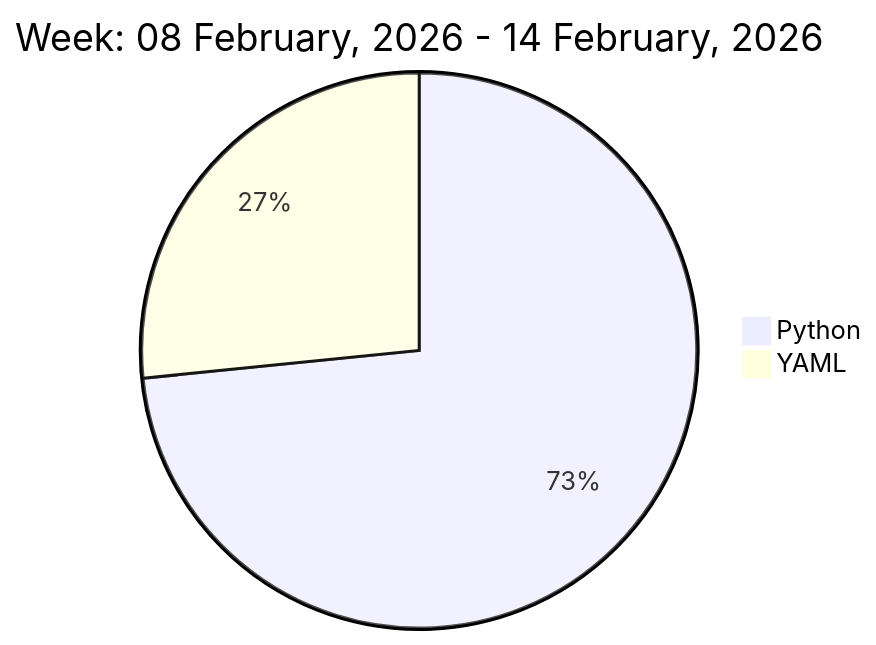
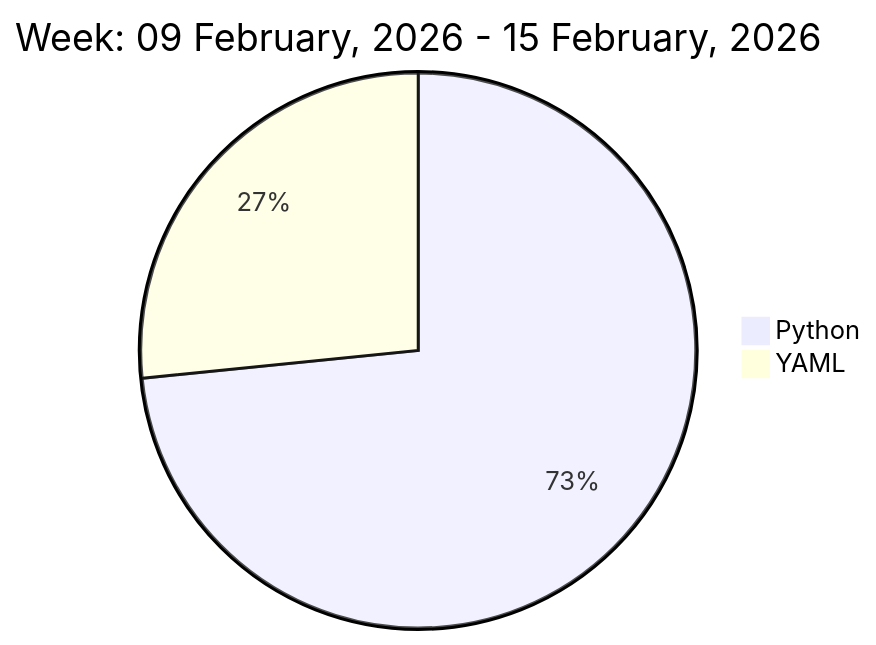
The diagram in README.md (liubin95/liubin95), drawn with Mermaid before and after one commit.

Commit message:
Updated the Graph with new Metrics

````diff
--- a/README.md
+++ b/README.md
@@ -37,6 +37,6 @@
 ```mermaid
  pie
-title Week: 08 February, 2026 - 14 February, 2026
+title Week: 09 February, 2026 - 15 February, 2026
  "Python" : 6.68
  "YAML" : 2.42
 ```
````
